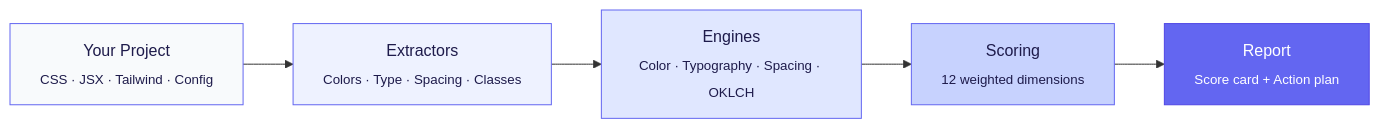
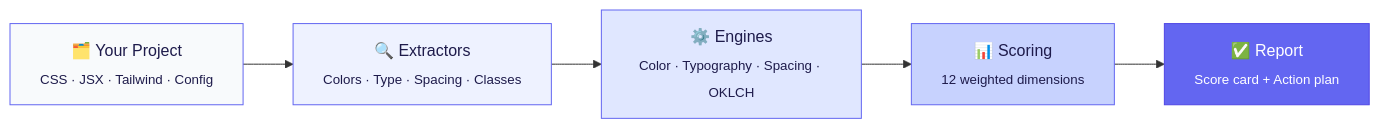
The first of 2 diagrams in README.md (Aboudjem/ui-ux-suite), drawn with Mermaid before and after one commit. The commit also changed other lines of this file and 23 other files, not shown here.

````diff
--- a/README.md
+++ b/README.md
@@ -56,13 +56,13 @@
 ```mermaid
 graph LR
-    A["Your Project<br/><sub>CSS · JSX · Tailwind · Config</sub>"] --> B["Extractors<br/><sub>Colors · Type · Spacing · Classes</sub>"]
-    B --> C["Engines<br/><sub>Color · Typography · Spacing · OKLCH</sub>"]
-    C --> D["Scoring<br/><sub>12 weighted dimensions</sub>"]
-    D --> E["Report<br/><sub>Score card + Action plan</sub>"]
+    A["🗂️ Your Project<br/><sub>CSS · JSX · Tailwind · Config</sub>"] --> B["🔍 Extractors<br/><sub>Colors · Type · Spacing · Classes</sub>"]
+    B --> C["⚙️ Engines<br/><sub>Color · Typography · Spacing · OKLCH</sub>"]
+    C --> D["📊 Scoring<br/><sub>12 weighted dimensions</sub>"]
+    D --> E["✅ Report<br/><sub>Score card + Action plan</sub>"]
 
     style A fill:#f8fafc,stroke:#6366f1,color:#1e1b4b
     style B fill:#eef2ff,stroke:#6366f1,color:#1e1b4b
     style C fill:#e0e7ff,stroke:#6366f1,color:#1e1b4b
     style D fill:#c7d2fe,stroke:#6366f1,color:#1e1b4b
     style E fill:#6366f1,stroke:#4f46e5,color:#ffffff
 ```
````
